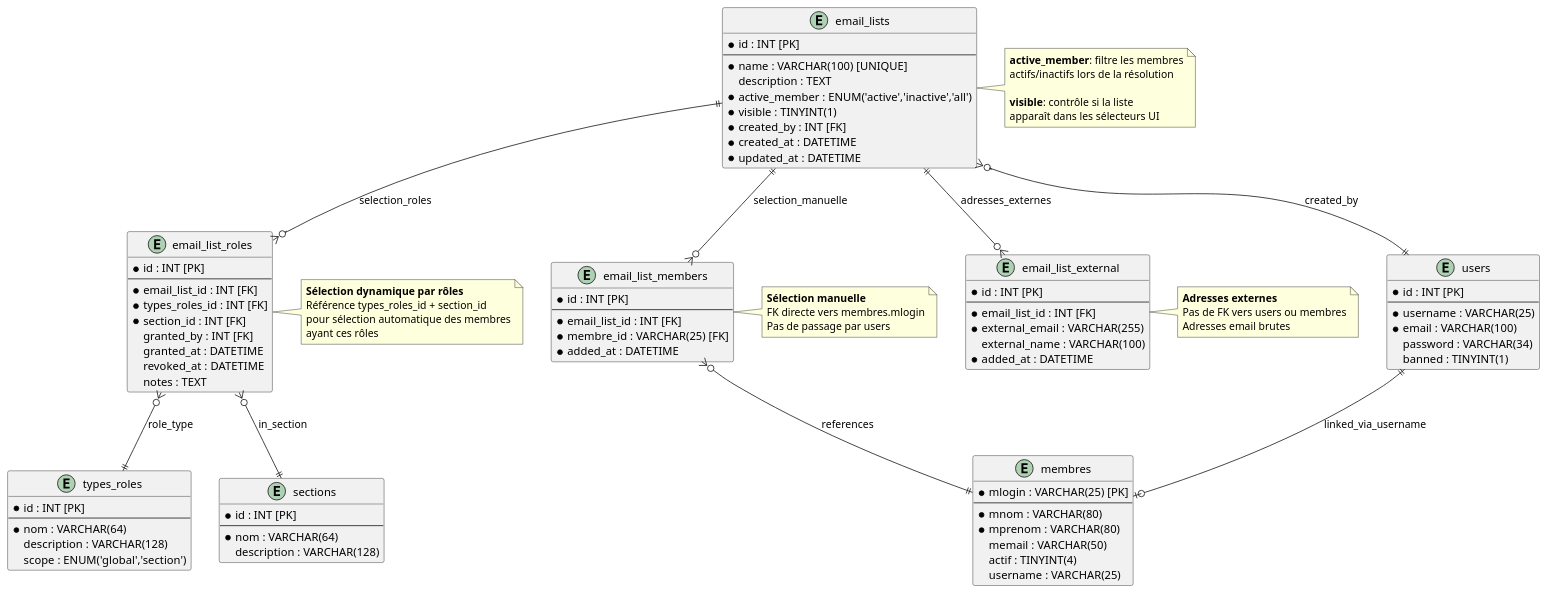
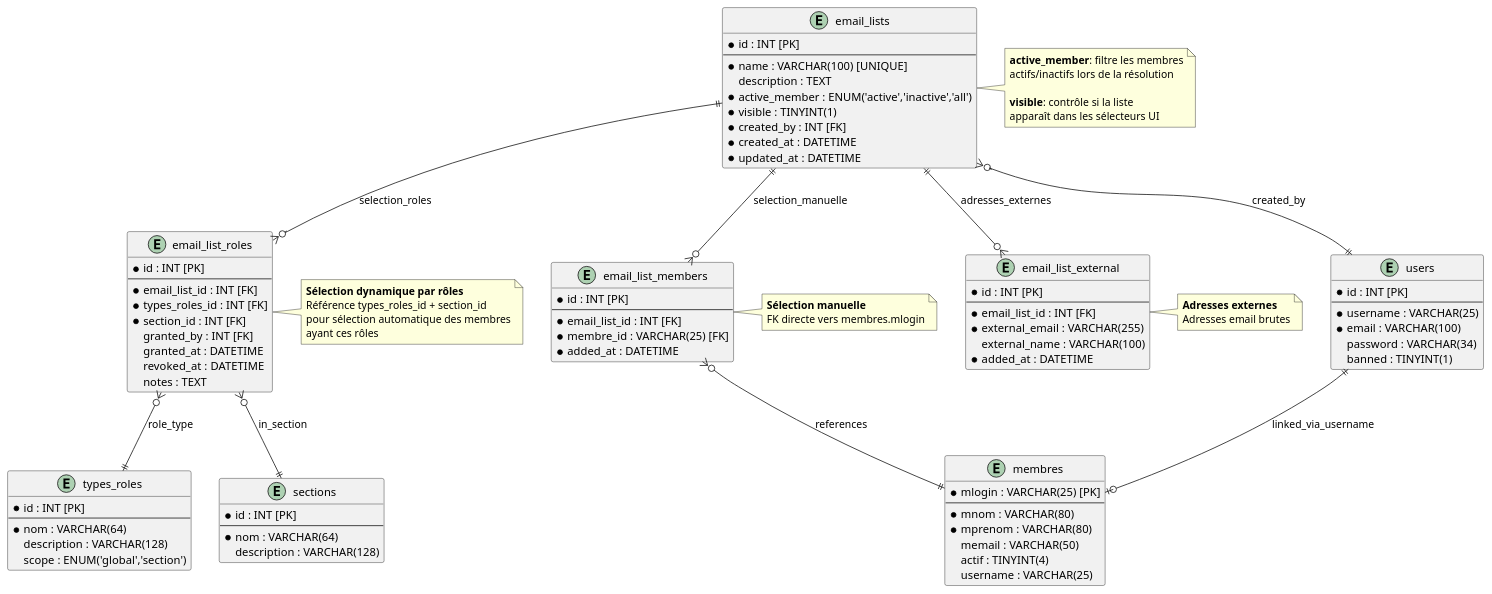
Before and after one commit to flub78/gvv: the diagram in doc/design_notes/diagrams/email_lists_er.puml, drawn with PlantUML. The commit also changed 2 other files, not shown here.

```diff
--- a/doc/design_notes/diagrams/email_lists_er.puml
+++ b/doc/design_notes/diagrams/email_lists_er.puml
@@ -1,114 +1,112 @@
 @startuml email_lists_er
 entity email_lists {
   * id : INT [PK]
   --
   * name : VARCHAR(100) [UNIQUE]
   description : TEXT
   * active_member : ENUM('active','inactive','all')
   * visible : TINYINT(1)
   * created_by : INT [FK]
   * created_at : DATETIME
   * updated_at : DATETIME
 }
 
 entity email_list_roles {
   * id : INT [PK]
   --
   * email_list_id : INT [FK]
   * types_roles_id : INT [FK]
   * section_id : INT [FK]
   granted_by : INT [FK]
   granted_at : DATETIME
   revoked_at : DATETIME
   notes : TEXT
 }
 
 entity email_list_members {
   * id : INT [PK]
   --
   * email_list_id : INT [FK]
   * membre_id : VARCHAR(25) [FK]
   * added_at : DATETIME
 }
 
 entity email_list_external {
   * id : INT [PK]
   --
   * email_list_id : INT [FK]
   * external_email : VARCHAR(255)
   external_name : VARCHAR(100)
   * added_at : DATETIME
 }
 
 entity users {
   * id : INT [PK]
   --
   * username : VARCHAR(25)
   * email : VARCHAR(100)
   password : VARCHAR(34)
   banned : TINYINT(1)
 }
 
 entity membres {
   * mlogin : VARCHAR(25) [PK]
   --
   * mnom : VARCHAR(80)
   * mprenom : VARCHAR(80)
   memail : VARCHAR(50)
   actif : TINYINT(4)
   username : VARCHAR(25)
 }
 
 
 entity types_roles {
   * id : INT [PK]
   --
   * nom : VARCHAR(64)
   description : VARCHAR(128)
   scope : ENUM('global','section')
 }
 
 entity sections {
   * id : INT [PK]
   --
   * nom : VARCHAR(64)
   description : VARCHAR(128)
 }
 
 email_lists ||--o{ email_list_roles : selection_roles
 email_lists ||--o{ email_list_members : selection_manuelle
 email_lists ||--o{ email_list_external : adresses_externes
 email_list_members }o--|| membres : references
 email_lists }o--|| users : created_by
 
 email_list_roles }o--|| types_roles : role_type
 email_list_roles }o--|| sections : in_section
 users ||--o| membres : linked_via_username
 
 note right of email_list_roles
   **Sélection dynamique par rôles**
   Référence types_roles_id + section_id
   pour sélection automatique des membres
   ayant ces rôles 
 end note
 
 note right of email_list_members
   **Sélection manuelle**
   FK directe vers membres.mlogin
-  Pas de passage par users
 end note
 
 note right of email_list_external
   **Adresses externes**
-  Pas de FK vers users ou membres
   Adresses email brutes
 end note
 
 note right of email_lists
   **active_member**: filtre les membres
   actifs/inactifs lors de la résolution
 
   **visible**: contrôle si la liste
   apparaît dans les sélecteurs UI
 end note
 @enduml
```
